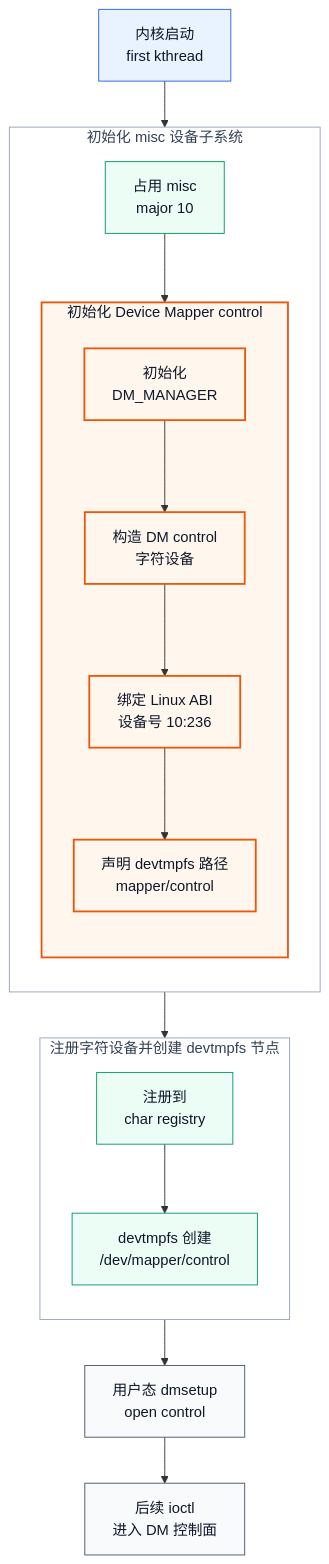
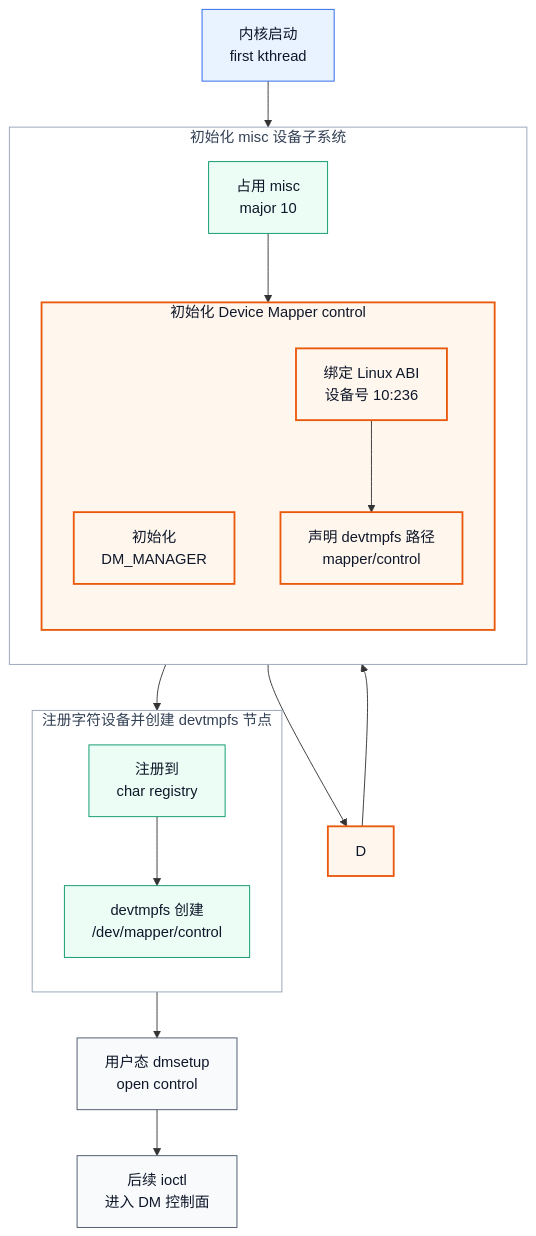
One commit to wdf121/asterinas changed the first of 11 diagrams in docs/img.md. Above: the diagram before and after it, drawn with Mermaid.

Commit message:
docs(dm): simplify control initialization diagram

````diff
--- a/docs/img.md
+++ b/docs/img.md
@@ -9,50 +9,49 @@
 ```mermaid
 %%{init: {"flowchart": {"htmlLabels": false, "useMaxWidth": false}, "themeCSS": "svg { display: block; margin: 0 auto; } .nodeLabel { text-align: center; }"}}%%
 flowchart TB
     A["内核启动<br/>first kthread"]
 
     subgraph MISC["初始化 misc 设备子系统"]
         direction TB
         B["占用 misc<br/>major 10"]
 
         subgraph DM_INIT["初始化 Device Mapper control"]
             direction TB
             C["初始化<br/>DM_MANAGER"]
-            D["构造 DM control<br/>字符设备"]
             E["绑定 Linux ABI<br/>设备号 10:236"]
             F["声明 devtmpfs 路径<br/>mapper/control"]
         end
     end
 
     subgraph REG["注册字符设备并创建 devtmpfs 节点"]
         direction TB
         G["注册到<br/>char registry"]
         H["devtmpfs 创建<br/>/dev/mapper/control"]
     end
 
     I["用户态 dmsetup<br/>open control"]
     J["后续 ioctl<br/>进入 DM 控制面"]
 
     A --> B
     B --> C
     C --> D
     D --> E
     E --> F
     F --> G
     G --> H
     H --> I
     I --> J
 
     classDef boot fill:#e8f3ff,stroke:#2563eb,stroke-width:1px,color:#0f172a;
     classDef framework fill:#ecfdf5,stroke:#059669,stroke-width:1px,color:#0f172a;
     classDef dm fill:#fff7ed,stroke:#ea580c,stroke-width:2px,color:#0f172a;
     classDef result fill:#f8fafc,stroke:#475569,stroke-width:1px,color:#0f172a;
     classDef group fill:#ffffff,stroke:#94a3b8,stroke-width:1px,color:#334155;
 
     class A boot;
     class B,G,H framework;
     class C,D,E,F dm;
     class I,J result;
     class MISC,REG group;
     class DM_INIT dm;
 ```
````
